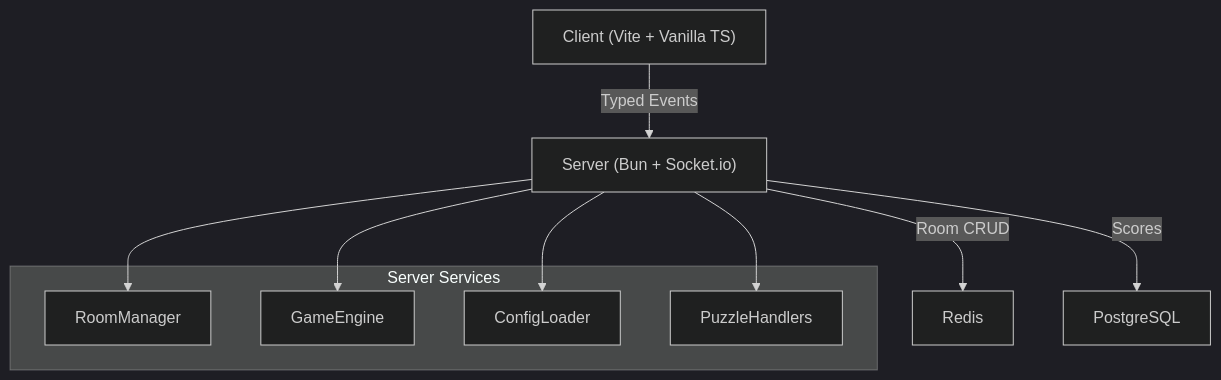
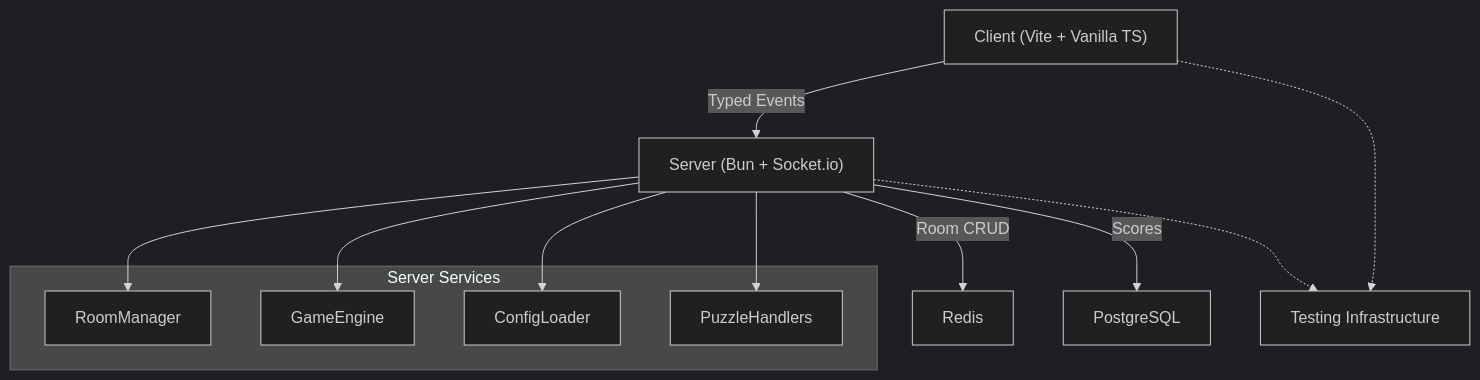
Before and after one commit to dkoukoul/escape-room-mvp: the second of 9 diagrams in .qoder/repowiki/en/content/Architecture Overview/Architecture Overview.md, drawn with Mermaid (dark theme). The commit also changed other lines of this file and 21 other files, not shown here.

````diff
--- a/.qoder/repowiki/en/content/Architecture Overview/Architecture Overview.md
+++ b/.qoder/repowiki/en/content/Architecture Overview/Architecture Overview.md
@@ -152,20 +196,23 @@
 ```mermaid
 graph TB
 CLIENT["Client (Vite + Vanilla TS)"]
 SERVER["Server (Bun + Socket.io)"]
 DATA_REDIS["Redis"]
 DATA_PG["PostgreSQL"]
+TESTING["Testing Infrastructure"]
 CLIENT -- "Typed Events" --> SERVER
 SERVER -- "Room CRUD" --> DATA_REDIS
 SERVER -- "Scores" --> DATA_PG
+CLIENT -.-> TESTING
+SERVER -.-> TESTING
 subgraph "Server Services"
 RM["RoomManager"]
 GE["GameEngine"]
 CFG["ConfigLoader"]
 RH["PuzzleHandlers"]
 end
 SERVER --> RM
 SERVER --> GE
 SERVER --> CFG
 SERVER --> RH
 ```
````
